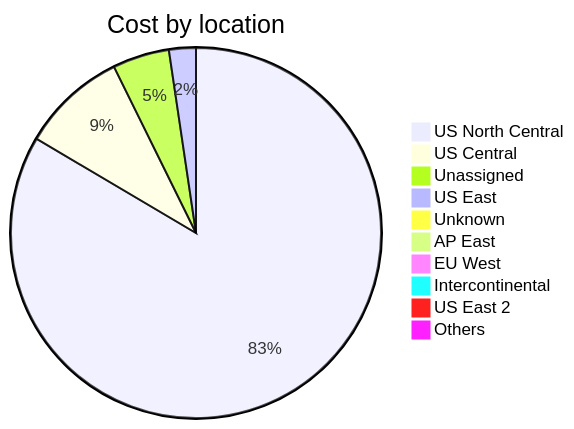
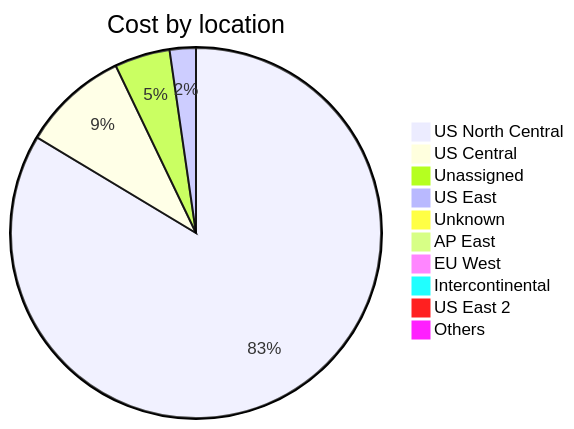
One commit to jpfulton/azure-personal-reports changed the third of 4 diagrams in cost-reports/accumulated-cost.md. Above: the diagram before and after it, drawn with Mermaid. The commit also changed other lines of this file and 4 other files, not shown here.

````diff
--- a/cost-reports/accumulated-cost.md
+++ b/cost-reports/accumulated-cost.md
@@ -132,14 +132,14 @@
 ```mermaid
 pie
    title Cost by location
-   "US North Central" : 198.65
-   "US Central" : 21.92
-   "Unassigned" : 11.77
-   "US East" : 5.58
-   "Unknown" : 0.91
+   "US North Central" : 204.34
+   "US Central" : 22.64
+   "Unassigned" : 11.81
+   "US East" : 5.59
+   "Unknown" : 0.97
    "AP East" : 0.00
    "EU West" : 0.00
    "Intercontinental" : 0.00
    "US East 2" : 0.00
    "Others" : 0.00
 ```
````
